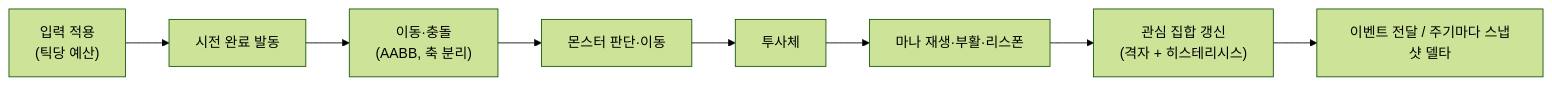
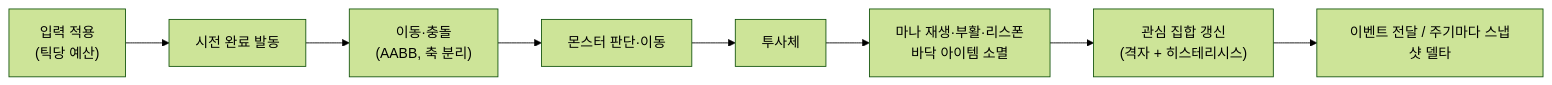
One commit to hstar0124/sa-server changed the fifth of 9 diagrams in README.md. Above: the diagram before and after it, drawn with Mermaid (forest theme). The commit also changed other lines of this file, not shown here.

````diff
--- a/README.md
+++ b/README.md
@@ -229,4 +231,4 @@
 ```mermaid
 flowchart LR
-    A["입력 적용<br/>(틱당 예산)"] --> B["시전 완료 발동"] --> C["이동·충돌<br/>(AABB, 축 분리)"] --> D["몬스터 판단·이동"] --> E["투사체"] --> F["마나 재생·부활·리스폰"] --> G["관심 집합 갱신<br/>(격자 + 히스테리시스)"] --> H["이벤트 전달 / 주기마다 스냅샷 델타"]
+    A["입력 적용<br/>(틱당 예산)"] --> B["시전 완료 발동"] --> C["이동·충돌<br/>(AABB, 축 분리)"] --> D["몬스터 판단·이동"] --> E["투사체"] --> F["마나 재생·부활·리스폰<br/>바닥 아이템 소멸"] --> G["관심 집합 갱신<br/>(격자 + 히스테리시스)"] --> H["이벤트 전달 / 주기마다 스냅샷 델타"]
 ```
````
